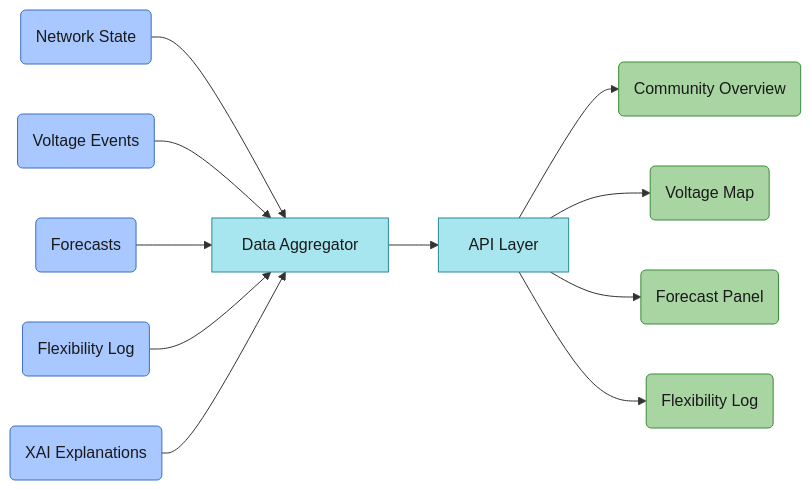
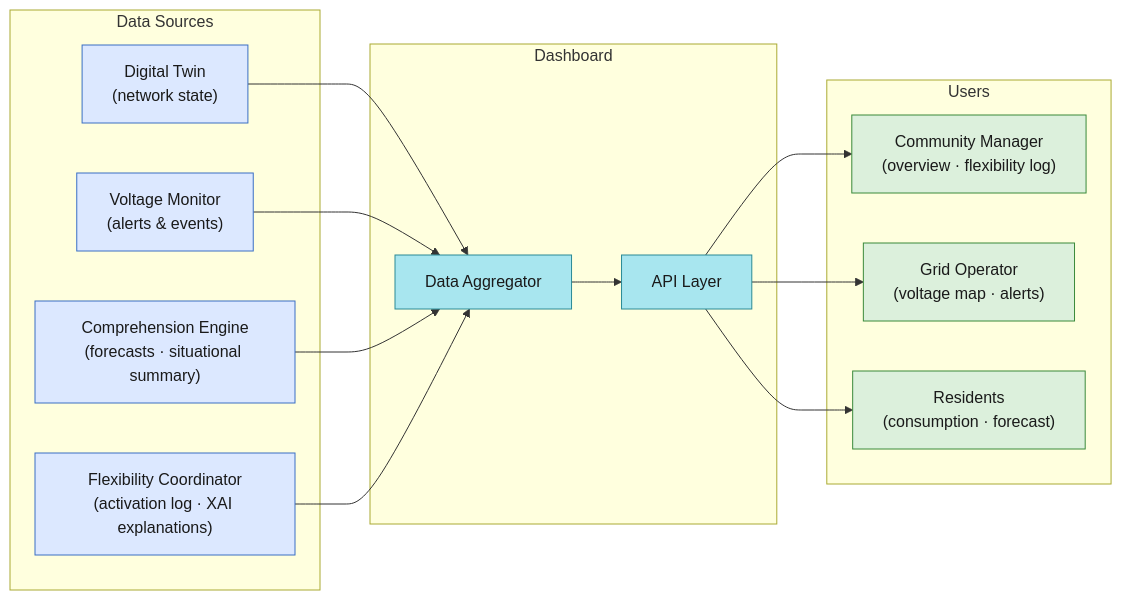
The fifth of 8 diagrams in Sa4CPS/UC4_Enabler_Diagrams.md (rafaeldpsilva/sa4cps-vault), drawn with Mermaid before and after one commit. The commit also changed other lines of this file, not shown here.

````diff
--- a/Sa4CPS/UC4_Enabler_Diagrams.md
+++ b/Sa4CPS/UC4_Enabler_Diagrams.md
@@ -158,36 +193,38 @@
 ```mermaid
 flowchart LR
 
-    classDef input  fill:#a8c8ff,stroke:#3a6fc4,color:#1a1a1a
-    classDef proc   fill:#a8e6ef,stroke:#2a8a96,color:#1a1a1a
-    classDef output fill:#a8d5a2,stroke:#3a8a3a,color:#1a1a1a
+    classDef src  fill:#dce8ff,stroke:#3a6fc4,color:#1a1a1a
+    classDef proc fill:#a8e6ef,stroke:#2a8a96,color:#1a1a1a
+    classDef dst  fill:#dcf0dc,stroke:#3a8a3a,color:#1a1a1a
 
-    NS("Network State")
-    VE("Voltage Events")
-    FC("Forecasts")
-    FL("Flexibility Log")
-    XAI("XAI Explanations")
+    subgraph SRC["Data Sources"]
+        DT["Digital Twin\n(network state)"]
+        VM["Voltage Monitor\n(alerts & events)"]
+        CE["Comprehension Engine\n(forecasts · situational summary)"]
+        FLC["Flexibility Coordinator\n(activation log · XAI explanations)"]
+    end
 
-    DA["Data Aggregator"]
-    API["API Layer"]
-    DA --> API
+    subgraph EN["Dashboard"]
+        DA["Data Aggregator"]
+        API["API Layer"]
+        DA --> API
+    end
 
-    CO("Community Overview")
-    VM("Voltage Map")
-    FP("Forecast Panel")
-    FLV("Flexibility Log")
+    subgraph DST["Users"]
+        CM["Community Manager\n(overview · flexibility log)"]
+        GO["Grid Operator\n(voltage map · alerts)"]
+        RES["Residents\n(consumption · forecast)"]
+    end
 
-    NS  --> DA
-    VE  --> DA
-    FC  --> DA
-    FL  --> DA
-    XAI --> DA
-    API --> CO
-    API --> VM
-    API --> FP
-    API --> FLV
+    DT  --> DA
+    VM  --> DA
+    CE  --> DA
+    FLC --> DA
+    API --> CM
+    API --> GO
+    API --> RES
 
-    class NS,VE,FC,FL,XAI input
+    class DT,VM,CE,FLC src
     class DA,API proc
-    class CO,VM,FP,FLV output
+    class CM,GO,RES dst
 ```
````
